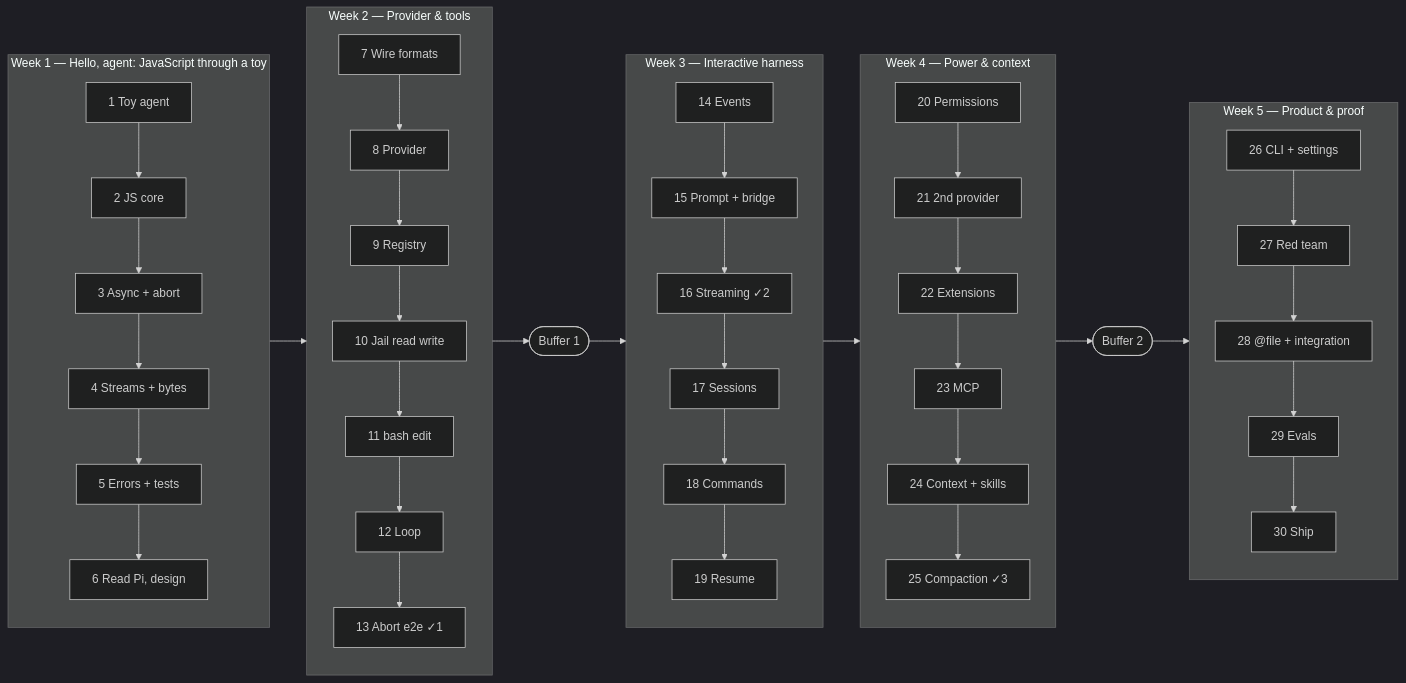
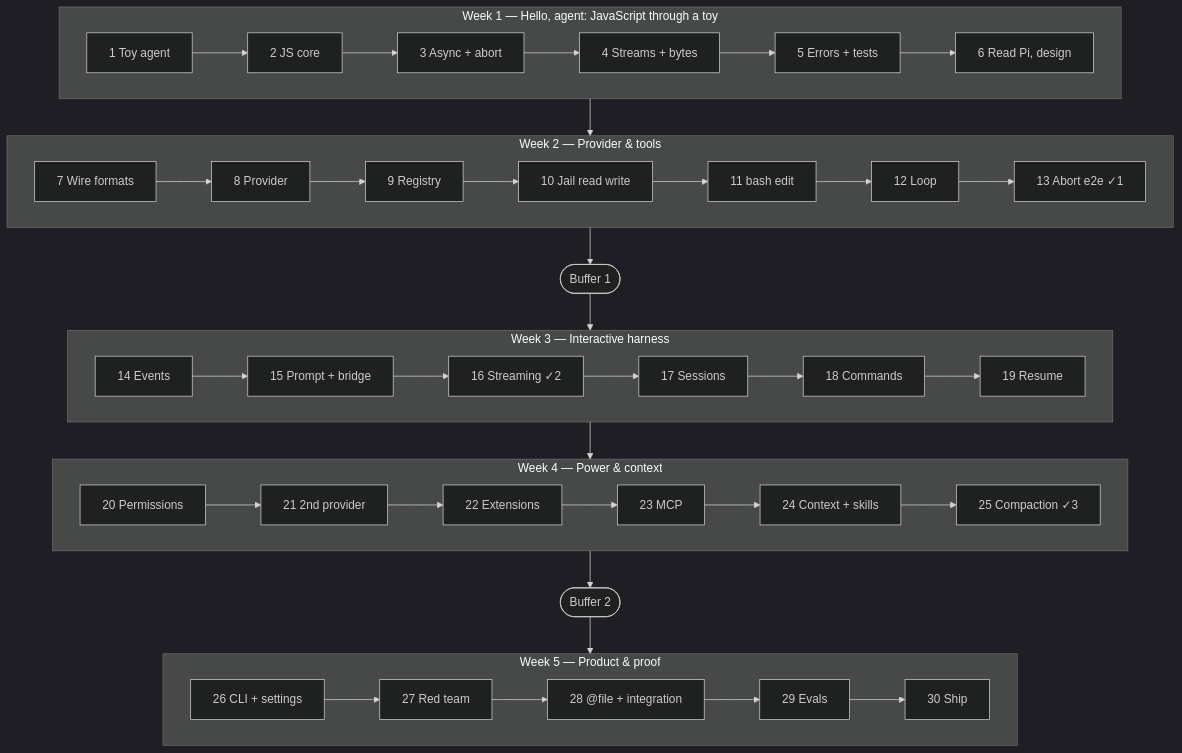
Before and after one commit to nitin35/agent-harness-curriculum: the diagram in README.md, drawn with Mermaid (dark theme).

Commit message:
Stack the 30-day plan diagram vertically so it renders at a readable size

````diff
--- a/README.md
+++ b/README.md
@@ -66,19 +66,24 @@
 ```mermaid
-flowchart LR
+flowchart TB
   subgraph W1 [Week 1 — Hello, agent: JavaScript through a toy]
+    direction LR
     D1[1 Toy agent] --> D2[2 JS core] --> D3[3 Async + abort] --> D4[4 Streams + bytes] --> D5[5 Errors + tests] --> D6[6 Read Pi, design]
   end
   subgraph W2 [Week 2 — Provider & tools]
+    direction LR
     D7[7 Wire formats] --> D8[8 Provider] --> D9[9 Registry] --> D10[10 Jail read write] --> D11[11 bash edit] --> D12[12 Loop] --> D13[13 Abort e2e ✓1]
   end
   subgraph W3 [Week 3 — Interactive harness]
+    direction LR
     D14[14 Events] --> D15[15 Prompt + bridge] --> D16[16 Streaming ✓2] --> D17[17 Sessions] --> D18[18 Commands] --> D19[19 Resume]
   end
   subgraph W4 [Week 4 — Power & context]
+    direction LR
     D20[20 Permissions] --> D21[21 2nd provider] --> D22[22 Extensions] --> D23[23 MCP] --> D24[24 Context + skills] --> D25[25 Compaction ✓3]
   end
   subgraph W5 [Week 5 — Product & proof]
+    direction LR
     D26[26 CLI + settings] --> D27[27 Red team] --> D28[28 @file + integration] --> D29[29 Evals] --> D30[30 Ship]
   end
   W1 --> W2 --> B1([Buffer 1]) --> W3 --> W4 --> B2([Buffer 2]) --> W5
 ```
````
